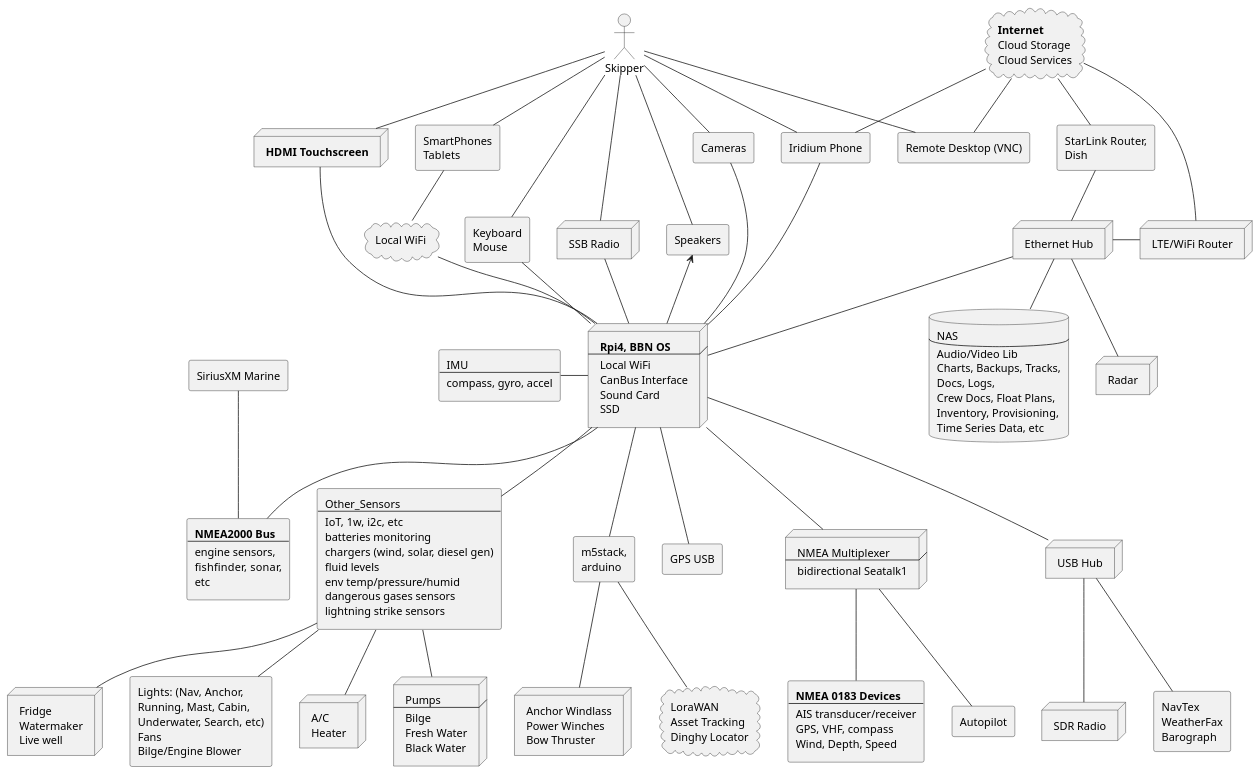
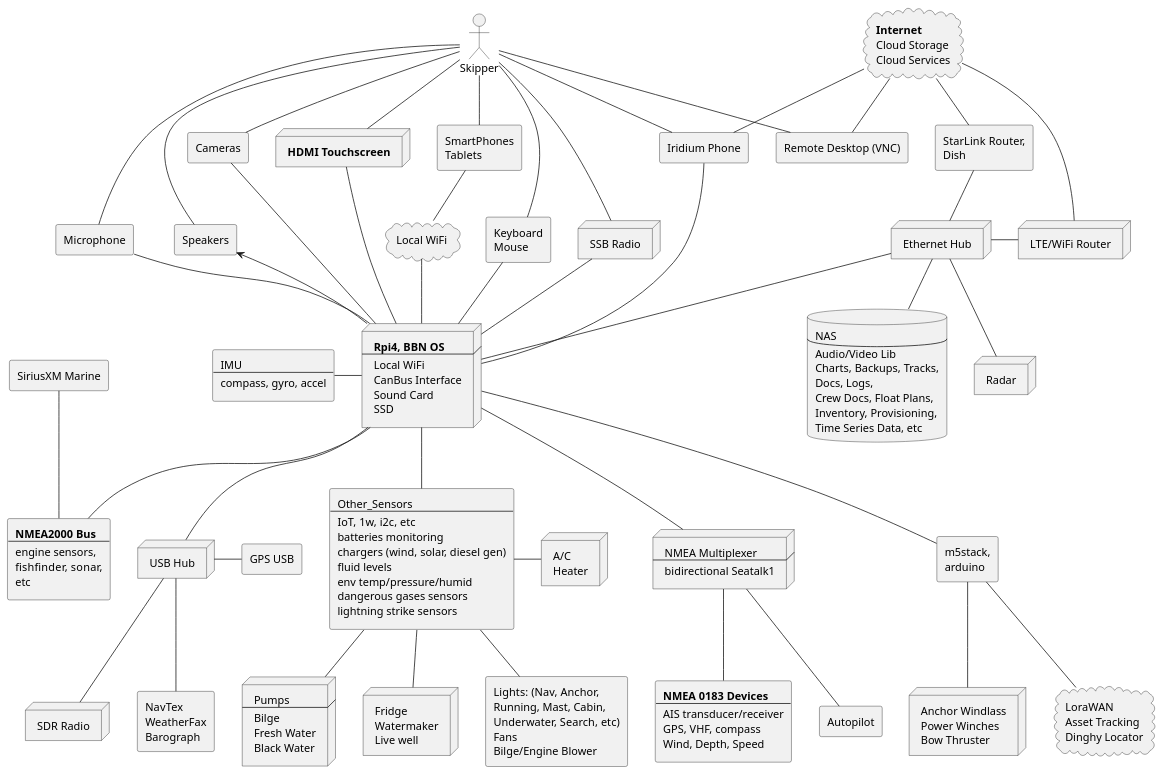
Before and after one commit to bareboat-necessities/my-bareboat: the diagram in docs/plantuml/system-arch.puml, drawn with PlantUML. The commit also changed 1 other file, not shown here.

Commit message:
better diagrams

```diff
--- a/docs/plantuml/system-arch.puml
+++ b/docs/plantuml/system-arch.puml
@@ -76,6 +76,10 @@
 
 rectangle Speakers [
  Speakers
+]
+
+rectangle Mic [
+ Microphone
 ]
 
 rectangle Cameras [
@@ -195,7 +199,6 @@
  arduino
 ]
 
-RPI -- GPS
 RPI -l- IMU
 RPI -- NMEA_2000
 RPI -- NMEA_Mux
@@ -204,6 +207,7 @@
 RPI -u- Touchscreen
 RPI -u- Cameras
 RPI -u-> Speakers
+RPI -u- Mic
 RPI -u- SSB
 RPI -u- Iridium
 RPI -- Other_Sensors
@@ -222,8 +226,9 @@
 
 USB_Hub -- SDR
 USB_Hub -- Weather
+USB_Hub -r- GPS
 
-Other_Sensors -- AC
+Other_Sensors -r- AC
 Other_Sensors -- Fridge
 Other_Sensors -- Lights_Fans
 Other_Sensors -- Pumps
@@ -241,6 +246,7 @@
 
 Skipper -- Touchscreen
 Skipper -- Speakers
+Skipper -- Mic
 Skipper -- Cameras
 Skipper -- Iridium
 Skipper -- SSB
```
